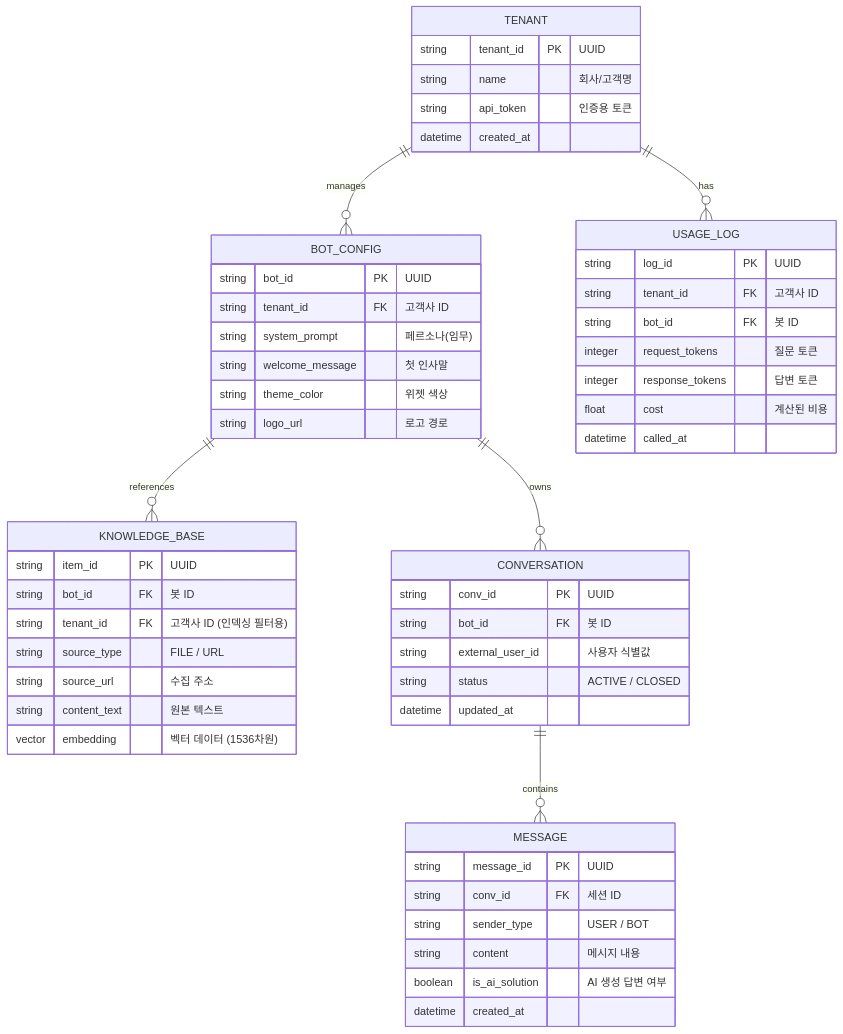
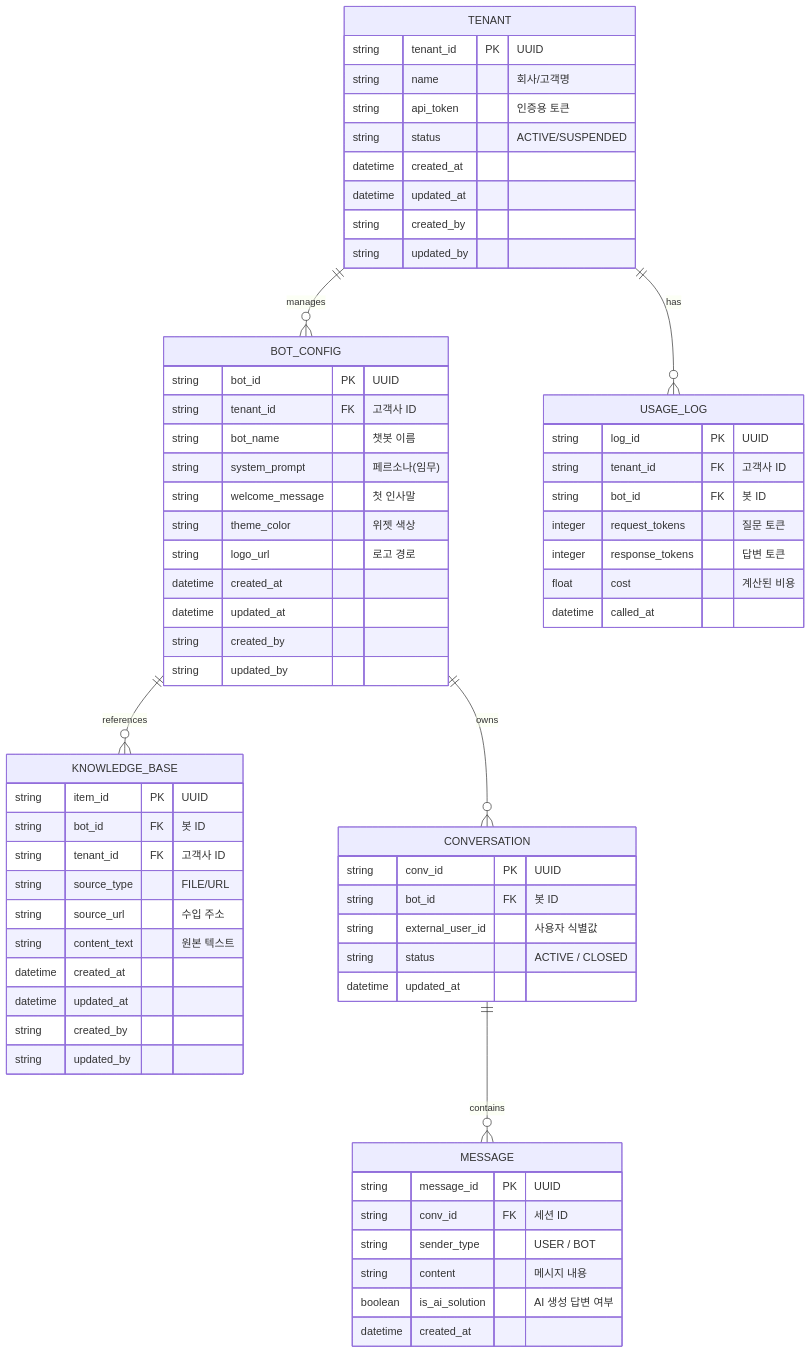
The diagram in docs/chatbot_builder/CHATBOT_ER_DIAGRAM.md (ledmega/mega), drawn with Mermaid before and after one commit. The commit also changed 2 other files, not shown here.

Commit message:
feat: 챗봇 빌더 통합 DB 스키마(Auditing 컬럼 포함) 생성

````diff
--- a/docs/chatbot_builder/CHATBOT_ER_DIAGRAM.md
+++ b/docs/chatbot_builder/CHATBOT_ER_DIAGRAM.md
@@ -7,61 +7,73 @@
 ```mermaid
 erDiagram
     TENANT ||--o{ BOT_CONFIG : "manages"
     TENANT ||--o{ USAGE_LOG : "has"
     BOT_CONFIG ||--o{ KNOWLEDGE_BASE : "references"
     BOT_CONFIG ||--o{ CONVERSATION : "owns"
     CONVERSATION ||--o{ MESSAGE : "contains"
 
     TENANT {
         string tenant_id PK "UUID"
         string name "회사/고객명"
         string api_token "인증용 토큰"
+        string status "ACTIVE/SUSPENDED"
         datetime created_at
+        datetime updated_at
+        string created_by
+        string updated_by
     }
 
     BOT_CONFIG {
         string bot_id PK "UUID"
         string tenant_id FK "고객사 ID"
+        string bot_name "챗봇 이름"
         string system_prompt "페르소나(임무)"
         string welcome_message "첫 인사말"
         string theme_color "위젯 색상"
         string logo_url "로고 경로"
+        datetime created_at
+        datetime updated_at
+        string created_by
+        string updated_by
     }
 
     KNOWLEDGE_BASE {
         string item_id PK "UUID"
         string bot_id FK "봇 ID"
-        string tenant_id FK "고객사 ID (인덱싱 필터용)"
-        string source_type "FILE / URL"
-        string source_url "수집 주소"
+        string tenant_id FK "고객사 ID"
+        string source_type "FILE/URL"
+        string source_url "수입 주소"
         string content_text "원본 텍스트"
-        vector embedding "벡터 데이터 (1536차원)"
+        datetime created_at
+        datetime updated_at
+        string created_by
+        string updated_by
     }
 
     CONVERSATION {
         string conv_id PK "UUID"
         string bot_id FK "봇 ID"
         string external_user_id "사용자 식별값"
         string status "ACTIVE / CLOSED"
         datetime updated_at
     }
 
     MESSAGE {
         string message_id PK "UUID"
         string conv_id FK "세션 ID"
         string sender_type "USER / BOT"
         string content "메시지 내용"
         boolean is_ai_solution "AI 생성 답변 여부"
         datetime created_at
     }
 
     USAGE_LOG {
         string log_id PK "UUID"
         string tenant_id FK "고객사 ID"
         string bot_id FK "봇 ID"
         integer request_tokens "질문 토큰"
         integer response_tokens "답변 토큰"
         float cost "계산된 비용"
         datetime called_at
     }
 ```
````
